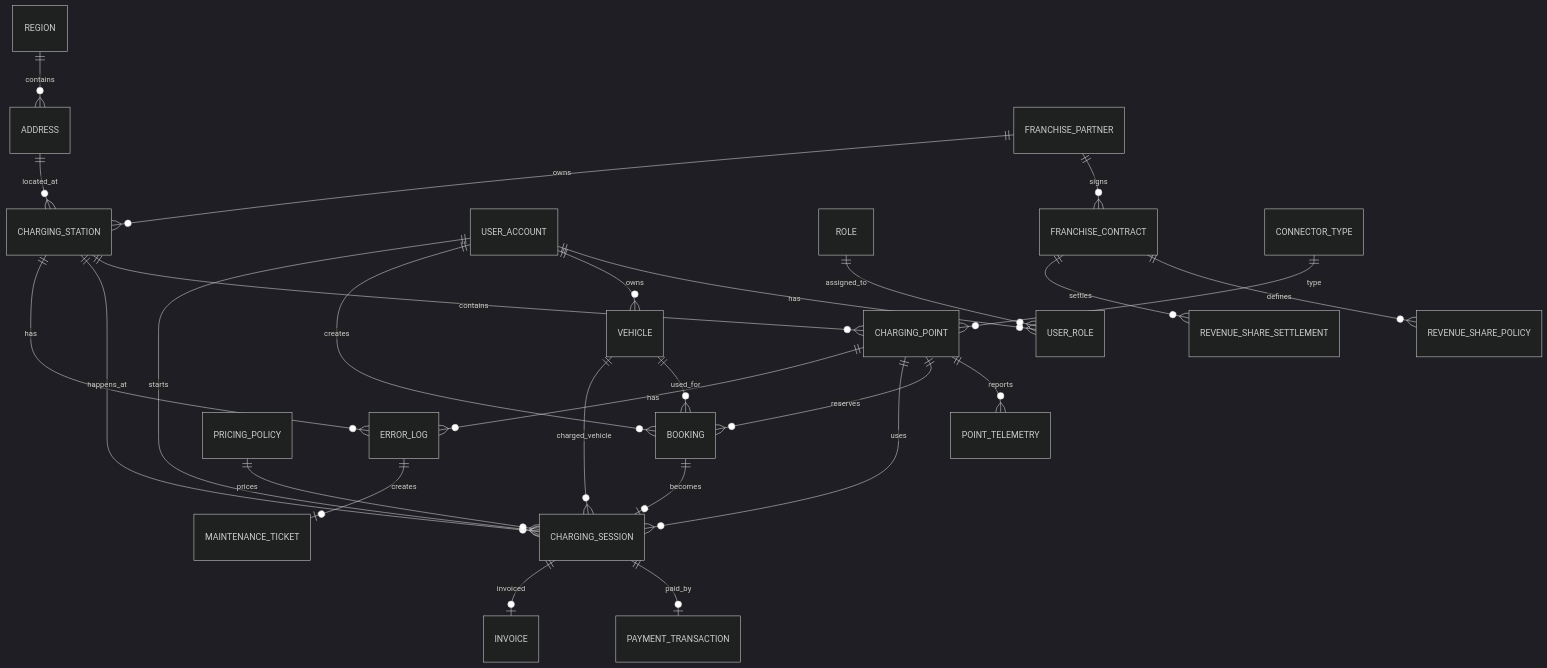
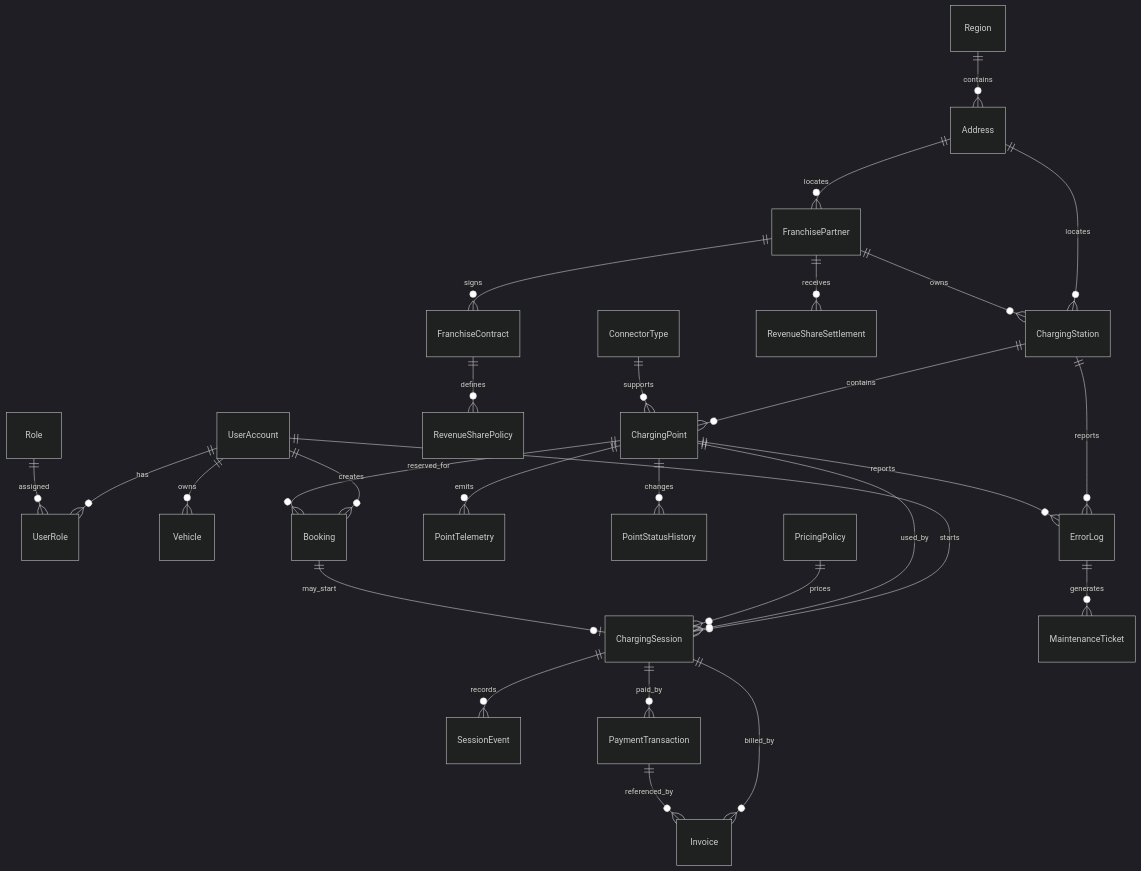
Before and after one commit to 24520513-creator/ie103_quanlytramsac: the third of 3 diagrams in DatabaseAnalysts.md, drawn with Mermaid (dark theme). The commit also changed other lines of this file and 13 other files, not shown here.

Commit message:
add flow analysts

````diff
--- a/DatabaseAnalysts.md
+++ b/DatabaseAnalysts.md
@@ -169,36 +223,35 @@
 ```mermaid
 erDiagram
-    REGION ||--o{ ADDRESS : contains
-    ADDRESS ||--o{ CHARGING_STATION : located_at
+    Region ||--o{ Address : contains
+    Address ||--o{ ChargingStation : locates
+    Address ||--o{ FranchisePartner : locates
 
-    USER_ACCOUNT ||--o{ USER_ROLE : has
-    ROLE ||--o{ USER_ROLE : assigned_to
-    USER_ACCOUNT ||--o{ VEHICLE : owns
+    UserAccount ||--o{ UserRole : has
+    Role ||--o{ UserRole : assigned
+    UserAccount ||--o{ Vehicle : owns
+    UserAccount ||--o{ Booking : creates
+    UserAccount ||--o{ ChargingSession : starts
 
-    FRANCHISE_PARTNER ||--o{ FRANCHISE_CONTRACT : signs
-    FRANCHISE_PARTNER ||--o{ CHARGING_STATION : owns
-    FRANCHISE_CONTRACT ||--o{ REVENUE_SHARE_POLICY : defines
-    FRANCHISE_CONTRACT ||--o{ REVENUE_SHARE_SETTLEMENT : settles
+    FranchisePartner ||--o{ FranchiseContract : signs
+    FranchisePartner ||--o{ ChargingStation : owns
+    FranchiseContract ||--o{ RevenueSharePolicy : defines
+    FranchisePartner ||--o{ RevenueShareSettlement : receives
 
-    CHARGING_STATION ||--o{ CHARGING_POINT : contains
-    CONNECTOR_TYPE ||--o{ CHARGING_POINT : type
-    CHARGING_POINT ||--o{ POINT_TELEMETRY : reports
+    ChargingStation ||--o{ ChargingPoint : contains
+    ConnectorType ||--o{ ChargingPoint : supports
+    ChargingPoint ||--o{ PointTelemetry : emits
+    ChargingPoint ||--o{ PointStatusHistory : changes
+    ChargingPoint ||--o{ Booking : reserved_for
+    ChargingPoint ||--o{ ChargingSession : used_by
 
-    USER_ACCOUNT ||--o{ BOOKING : creates
-    VEHICLE ||--o{ BOOKING : used_for
-    CHARGING_POINT ||--o{ BOOKING : reserves
+    PricingPolicy ||--o{ ChargingSession : prices
+    Booking ||--o| ChargingSession : may_start
+    ChargingSession ||--o{ SessionEvent : records
+    ChargingSession ||--o{ PaymentTransaction : paid_by
+    ChargingSession ||--o{ Invoice : billed_by
+    PaymentTransaction ||--o{ Invoice : referenced_by
 
-    USER_ACCOUNT ||--o{ CHARGING_SESSION : starts
-    VEHICLE ||--o{ CHARGING_SESSION : charged_vehicle
-    CHARGING_STATION ||--o{ CHARGING_SESSION : happens_at
-    CHARGING_POINT ||--o{ CHARGING_SESSION : uses
-    PRICING_POLICY ||--o{ CHARGING_SESSION : prices
-    BOOKING ||--o| CHARGING_SESSION : becomes
-
-    CHARGING_SESSION ||--o| PAYMENT_TRANSACTION : paid_by
-    CHARGING_SESSION ||--o| INVOICE : invoiced
-
-    CHARGING_STATION ||--o{ ERROR_LOG : has
-    CHARGING_POINT ||--o{ ERROR_LOG : has
-    ERROR_LOG ||--o| MAINTENANCE_TICKET : creates
+    ChargingStation ||--o{ ErrorLog : reports
+    ChargingPoint ||--o{ ErrorLog : reports
+    ErrorLog ||--o{ MaintenanceTicket : generates
 ```
````
